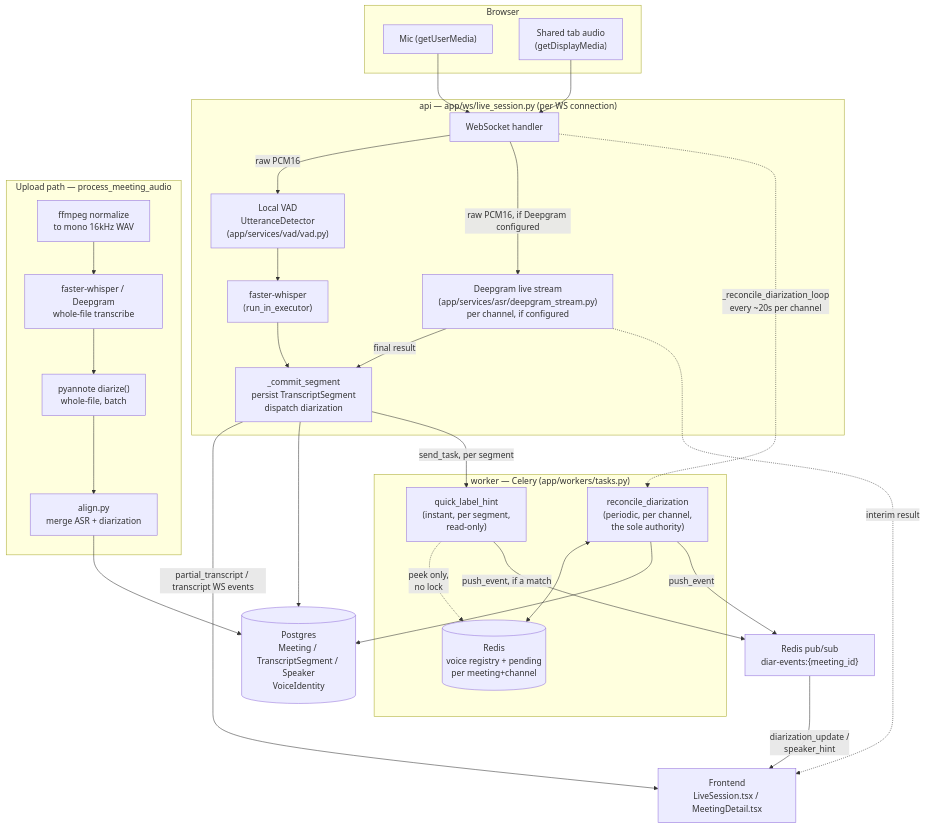
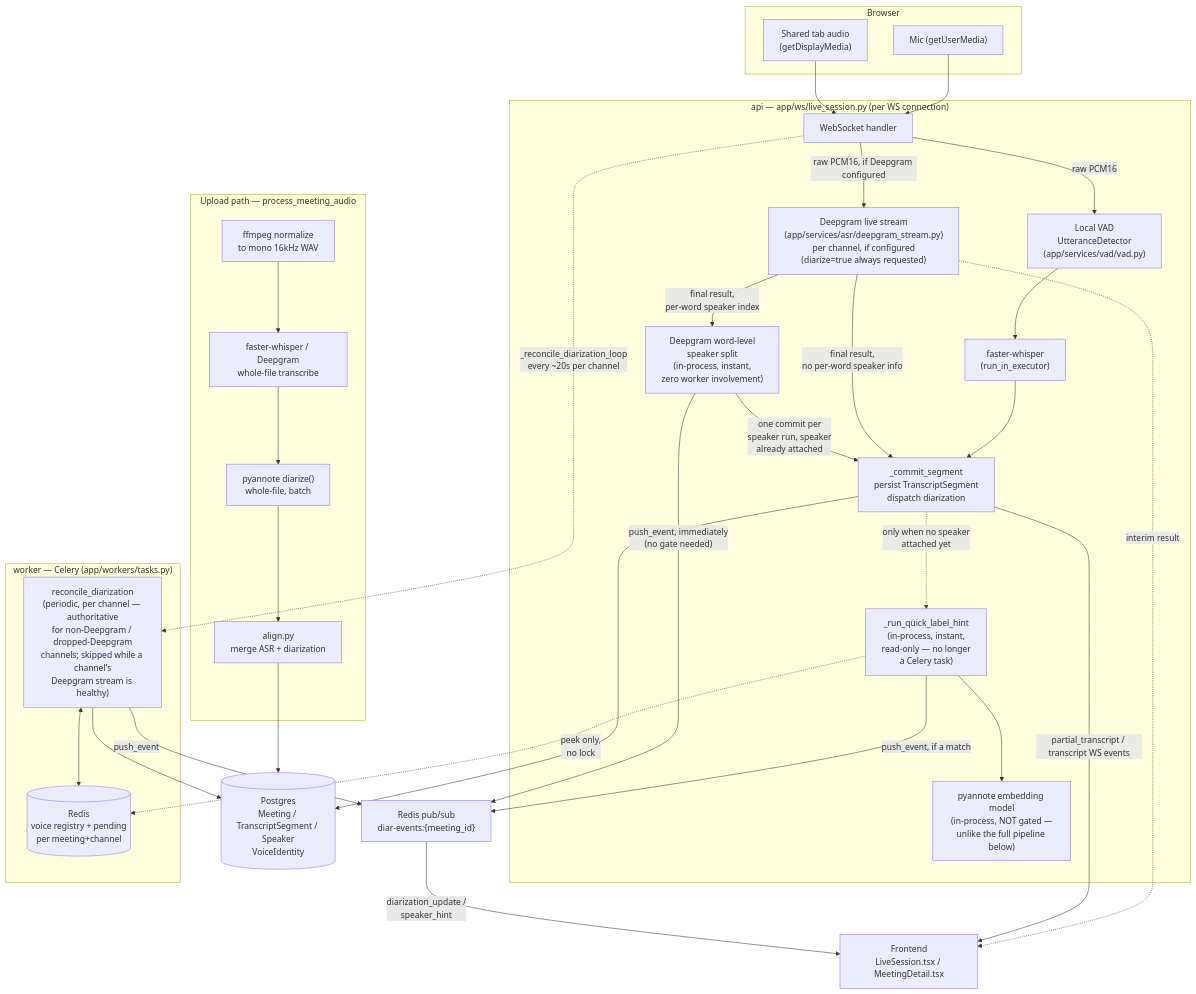
The diagram in docs/AUDIO_PIPELINE.md (lucas-oma/corella), drawn with Mermaid before and after one commit. The commit also changed other lines of this file and 1 other file, not shown here.

First line of the commit message:
docs: sync README and AUDIO_PIPELINE.md with this branch's changes

````diff
--- a/docs/AUDIO_PIPELINE.md
+++ b/docs/AUDIO_PIPELINE.md
@@ -30,52 +31,58 @@
 ```mermaid
 flowchart TB
     subgraph Browser
         Mic["Mic (getUserMedia)"]
         Tab["Shared tab audio\n(getDisplayMedia)"]
     end
 
     subgraph LiveIngestion["api — app/ws/live_session.py (per WS connection)"]
         WS["WebSocket handler"]
         VAD["Local VAD\nUtteranceDetector\n(app/services/vad/vad.py)"]
-        DG["Deepgram live stream\n(app/services/asr/deepgram_stream.py)\nper channel, if configured"]
+        DG["Deepgram live stream\n(app/services/asr/deepgram_stream.py)\nper channel, if configured\n(diarize=true always requested)"]
         Whisper["faster-whisper\n(run_in_executor)"]
+        DGSplit["Deepgram word-level\nspeaker split\n(in-process, instant,\nzero worker involvement)"]
         Commit["_commit_segment\npersist TranscriptSegment\ndispatch diarization"]
+        QLH["_run_quick_label_hint\n(in-process, instant,\nread-only — no longer\na Celery task)"]
+        Embed["pyannote embedding model\n(in-process, NOT gated —\nunlike the full pipeline below)"]
     end
 
     subgraph Worker["worker — Celery (app/workers/tasks.py)"]
-        DU["reconcile_diarization\n(periodic, per channel,\nthe sole authority)"]
-        QLH["quick_label_hint\n(instant, per segment,\nread-only)"]
+        DU["reconcile_diarization\n(periodic, per channel — authoritative\nfor non-Deepgram / dropped-Deepgram\nchannels; skipped while a channel's\nDeepgram stream is healthy)"]
         Redis[("Redis\nvoice registry + pending\nper meeting+channel")]
     end
 
     subgraph Upload["Upload path — process_meeting_audio"]
         Norm["ffmpeg normalize\nto mono 16kHz WAV"]
         WFull["faster-whisper / Deepgram\nwhole-file transcribe"]
         DFull["pyannote diarize()\nwhole-file, batch"]
         Align["align.py\nmerge ASR + diarization"]
     end
 
     Postgres[("Postgres\nMeeting / TranscriptSegment / Speaker\nVoiceIdentity")]
     PubSub["Redis pub/sub\ndiar-events:{meeting_id}"]
     FE["Frontend\nLiveSession.tsx / MeetingDetail.tsx"]
 
     Mic --> WS
     Tab --> WS
     WS -->|"raw PCM16"| VAD
     WS -->|"raw PCM16, if Deepgram configured"| DG
     VAD --> Whisper --> Commit
-    DG -->|"final result"| Commit
+    DG -->|"final result,\nno per-word speaker info"| Commit
+    DG -->|"final result,\nper-word speaker index"| DGSplit
+    DGSplit -->|"one commit per\nspeaker run, speaker\nalready attached"| Commit
     DG -.->|"interim result"| FE
     Commit -->|"partial_transcript / transcript WS events"| FE
     Commit --> Postgres
-    Commit -->|"send_task, per segment"| QLH
+    Commit -.->|"only when no speaker\nattached yet"| QLH
+    QLH --> Embed
     QLH -.->|"peek only,\nno lock"| Redis
     QLH -->|"push_event, if a match"| PubSub
+    DGSplit -->|"push_event, immediately\n(no gate needed)"| PubSub
     WS -.->|"_reconcile_diarization_loop\nevery ~20s per channel"| DU
     DU <--> Redis
     DU --> Postgres
     DU -->|"push_event"| PubSub
     PubSub -->|"diarization_update /\nspeaker_hint"| FE
 
     Norm --> WFull --> DFull --> Align --> Postgres
 ```
````
